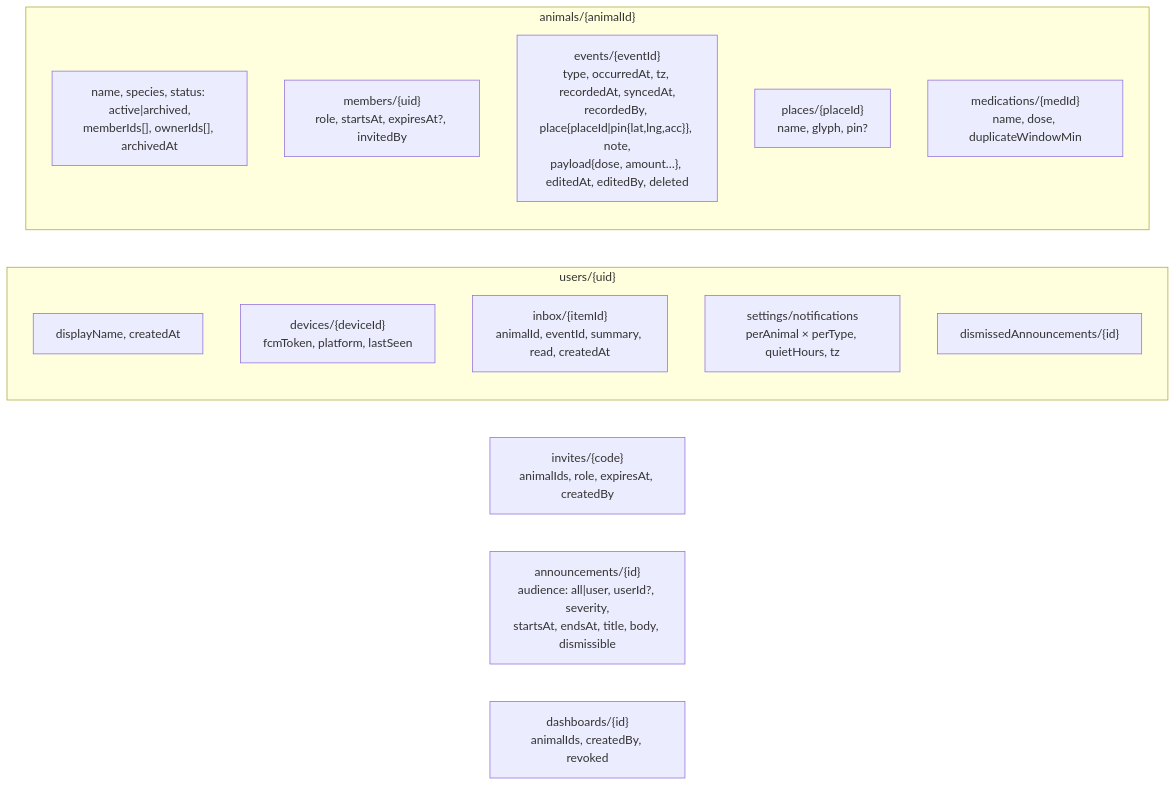
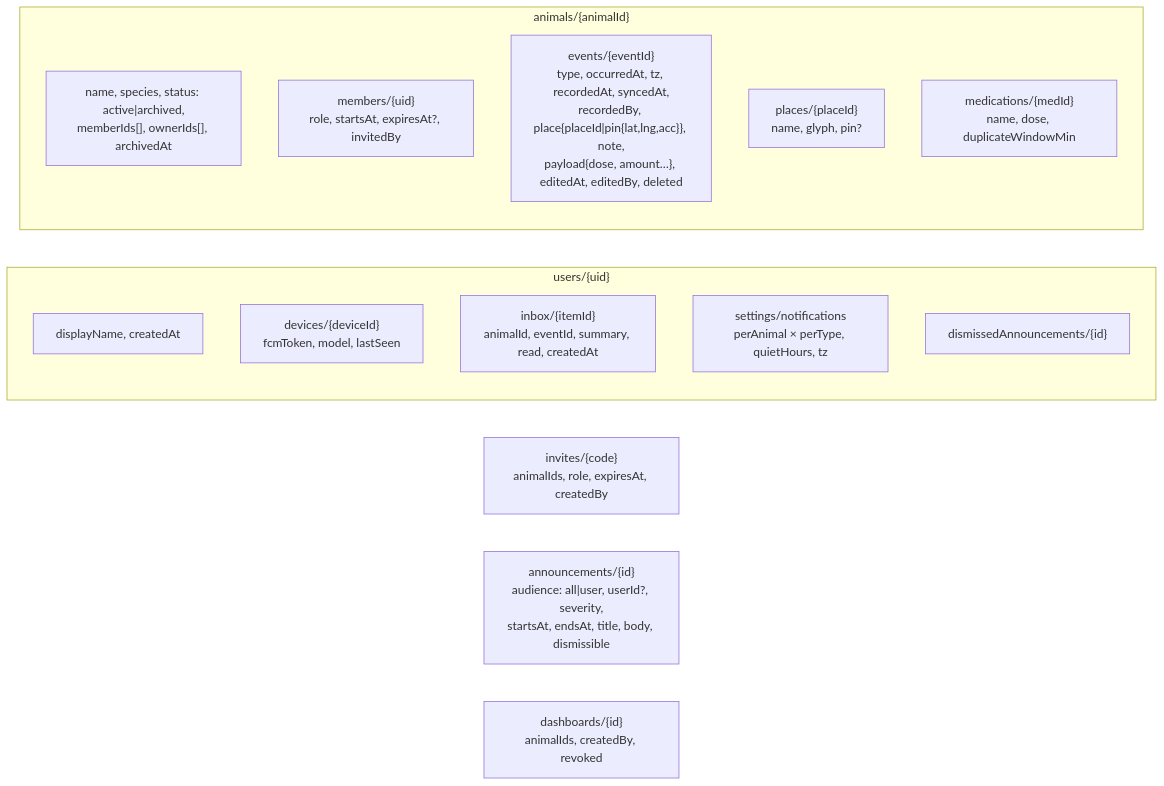
Before and after one commit to fiveSpeedMazdarati/Dog-Trackin-KMP: the fourth of 5 diagrams in docs/implementation-plan.md, drawn with Mermaid. The commit also changed other lines of this file and 21 other files, not shown here.

````diff
--- a/docs/implementation-plan.md
+++ b/docs/implementation-plan.md
@@ -155,20 +158,20 @@
 ```mermaid
 flowchart LR
   subgraph users["users/{uid}"]
     U["displayName, createdAt"]
-    Dev["devices/{deviceId}<br/>fcmToken, platform, lastSeen"]
+    Dev["devices/{deviceId}<br/>fcmToken, model, lastSeen"]
     Inb["inbox/{itemId}<br/>animalId, eventId, summary, read, createdAt"]
     Pref["settings/notifications<br/>perAnimal × perType, quietHours, tz"]
     Dis["dismissedAnnouncements/{id}"]
   end
   subgraph animals["animals/{animalId}"]
     A["name, species, status: active|archived,<br/>memberIds[], ownerIds[], archivedAt"]
     M["members/{uid}<br/>role, startsAt, expiresAt?, invitedBy"]
     E["events/{eventId}<br/>type, occurredAt, tz, recordedAt, syncedAt,<br/>recordedBy, place{placeId|pin{lat,lng,acc}}, note,<br/>payload{dose, amount…}, editedAt, editedBy, deleted"]
     P["places/{placeId}<br/>name, glyph, pin?"]
     Med["medications/{medId}<br/>name, dose, duplicateWindowMin"]
   end
   Inv["invites/{code}<br/>animalIds, role, expiresAt, createdBy"]
   Ann["announcements/{id}<br/>audience: all|user, userId?, severity,<br/>startsAt, endsAt, title, body, dismissible"]
   Dash["dashboards/{id}<br/>animalIds, createdBy, revoked"]
 ```
````
